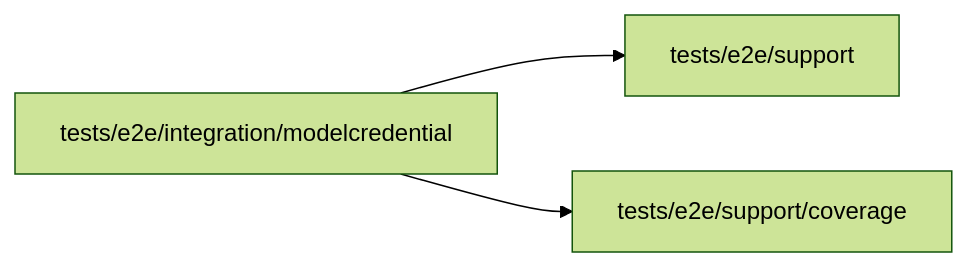
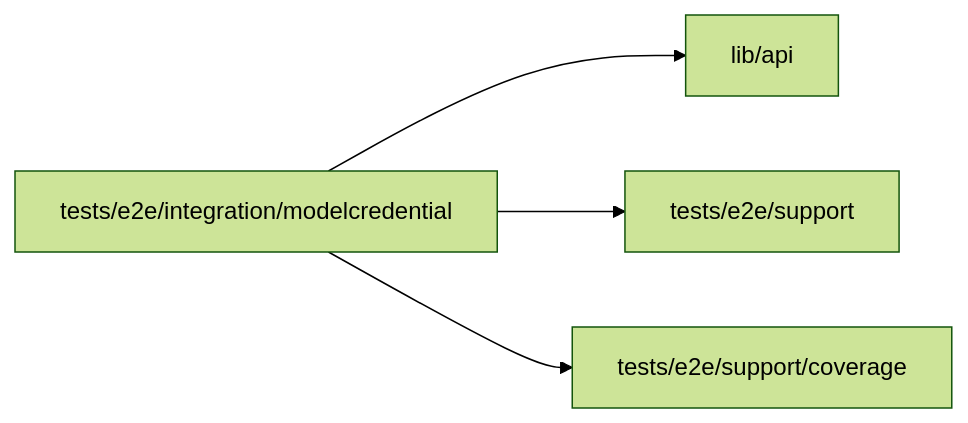
One commit to superdurable/superverse changed the diagram in web/studio/tests/e2e/integration/modelcredential/README.md. Above: the diagram before and after it, drawn with Mermaid (forest theme). The commit also changed other lines of this file and 97 other files, not shown here.

````diff
--- a/web/studio/tests/e2e/integration/modelcredential/README.md
+++ b/web/studio/tests/e2e/integration/modelcredential/README.md
@@ -10,6 +10,7 @@
 ```mermaid
 flowchart LR
   self["tests/e2e/integration/modelcredential"]
-  self --> d0["tests/e2e/support"]
-  self --> d1["tests/e2e/support/coverage"]
+  self --> d0["lib/api"]
+  self --> d1["tests/e2e/support"]
+  self --> d2["tests/e2e/support/coverage"]
 ```
````
